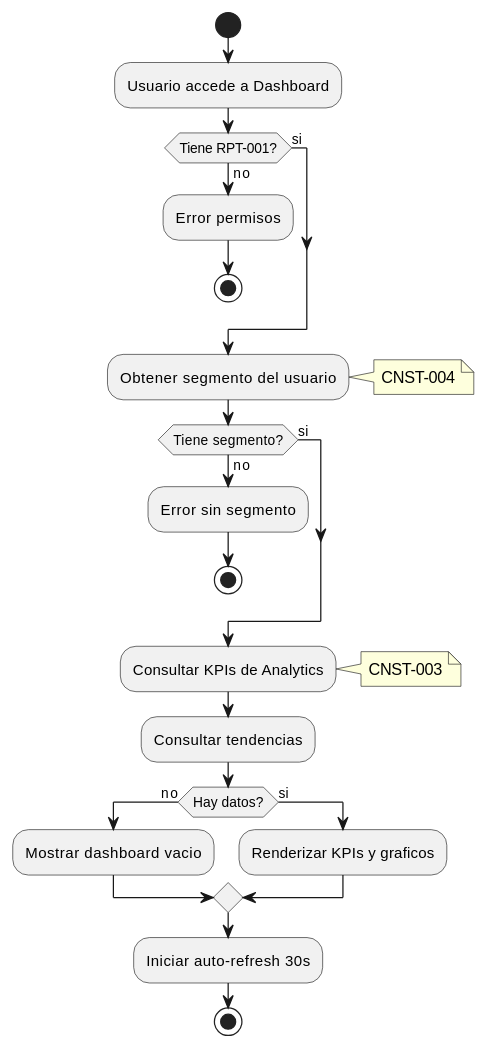
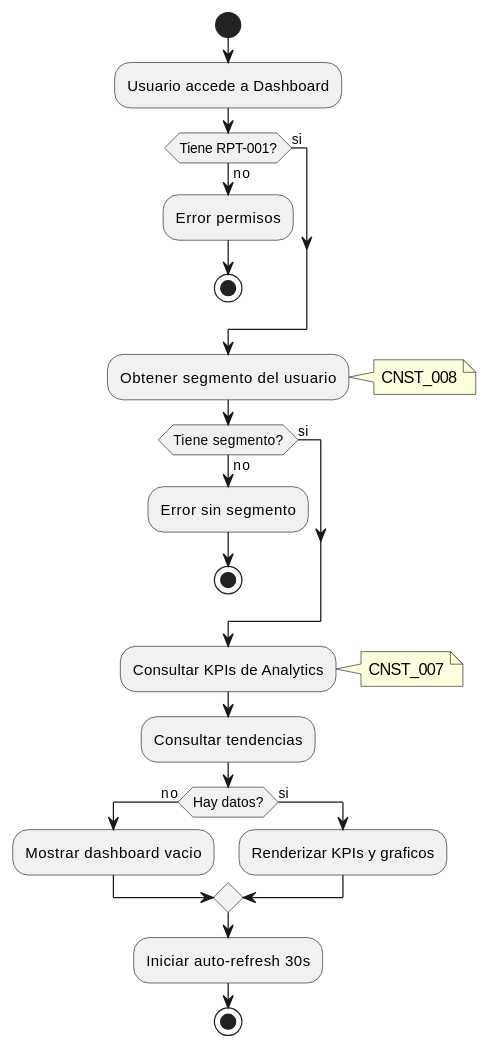
The third of 3 diagrams in source/requisitos/casos_uso/reports/UC_RPT_01_Ver_Dashboard.rst (jcg-admin/IACT-docs), drawn with PlantUML before and after one commit. The commit also changed other lines of this file and 67 other files, not shown here.

```diff
--- a/source/requisitos/casos_uso/reports/UC_RPT_01_Ver_Dashboard.rst
+++ b/source/requisitos/casos_uso/reports/UC_RPT_01_Ver_Dashboard.rst
@@ -285,37 +285,37 @@
 .. uml::
    :caption: Diagrama de Actividad - UC_RPT_01
 
    @startuml
    start
    :Usuario accede a Dashboard;
 
    if (Tiene RPT-001?) then (no)
      :Error permisos;
      stop
    else (si)
    endif
 
    :Obtener segmento del usuario;
-   note right: CNST-004
+   note right: CNST_008
 
    if (Tiene segmento?) then (no)
      :Error sin segmento;
      stop
    else (si)
    endif
 
    :Consultar KPIs de Analytics;
-   note right: CNST-003
+   note right: CNST_007
 
    :Consultar tendencias;
 
    if (Hay datos?) then (no)
      :Mostrar dashboard vacio;
    else (si)
      :Renderizar KPIs y graficos;
    endif
 
    :Iniciar auto-refresh 30s;
 
    stop
    @enduml
```
